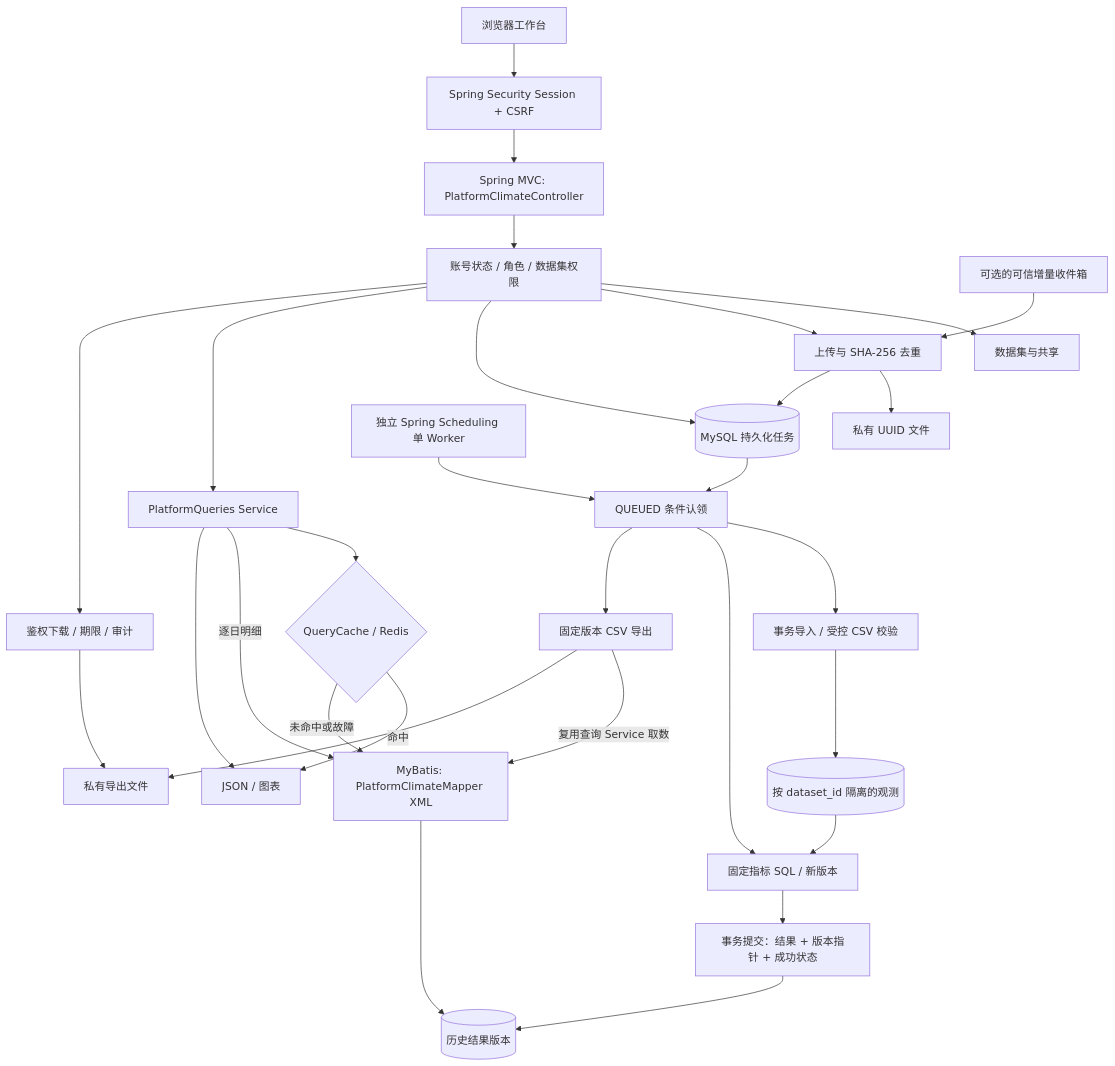
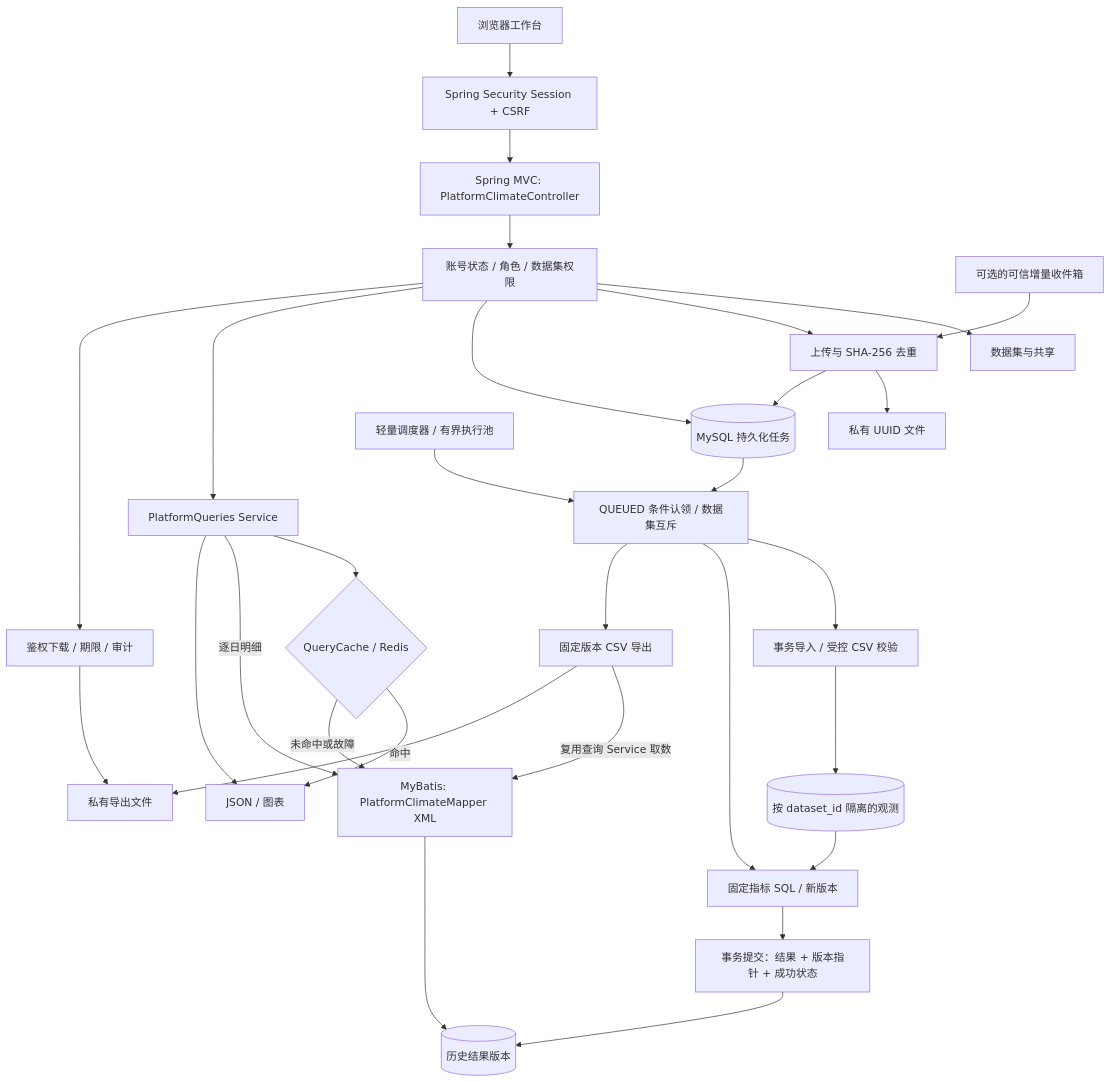
Before and after one commit to xzxzuo/ucas-climate-service: the diagram in docs/platform-guide.md, drawn with Mermaid. The commit also changed other lines of this file and 20 other files, not shown here.

````diff
--- a/docs/platform-guide.md
+++ b/docs/platform-guide.md
@@ -96,32 +96,32 @@
 ```mermaid
 flowchart TD
   UI[浏览器工作台] --> AUTH[Spring Security Session + CSRF]
   AUTH --> MVC[Spring MVC: PlatformClimateController]
   MVC --> ACL[账号状态 / 角色 / 数据集权限]
   ACL --> DATA[数据集与共享]
   ACL --> UPLOAD[上传与 SHA-256 去重]
   INBOX[可选的可信增量收件箱] --> UPLOAD
   UPLOAD --> PRIVATE[私有 UUID 文件]
   UPLOAD --> QUEUE[(MySQL 持久化任务)]
   ACL --> QUEUE
-  SCHED[独立 Spring Scheduling 单 Worker] --> CLAIM[QUEUED 条件认领]
+  SCHED[轻量调度器 / 有界执行池] --> CLAIM[QUEUED 条件认领 / 数据集互斥]
   QUEUE --> CLAIM
   CLAIM --> IMPORT[事务导入 / 受控 CSV 校验]
   CLAIM --> COMPUTE[固定指标 SQL / 新版本]
   CLAIM --> EXPORT[固定版本 CSV 导出]
   IMPORT --> RAW[(按 dataset_id 隔离的观测)]
   RAW --> COMPUTE
   COMPUTE --> PUBLISH[事务提交：结果 + 版本指针 + 成功状态]
   PUBLISH --> RESULTS[(历史结果版本)]
   ACL --> QUERY[PlatformQueries Service]
   QUERY --> REDIS{QueryCache / Redis}
   REDIS -->|命中| RESPONSE[JSON / 图表]
   REDIS -->|未命中或故障| MAPPER[MyBatis: PlatformClimateMapper XML]
   QUERY -->|逐日明细| MAPPER
   MAPPER --> RESULTS
   EXPORT -->|复用查询 Service 取数| MAPPER
   QUERY --> RESPONSE
   EXPORT --> FILES[私有导出文件]
   ACL --> DOWNLOAD[鉴权下载 / 期限 / 审计]
   DOWNLOAD --> FILES
 ```
````
